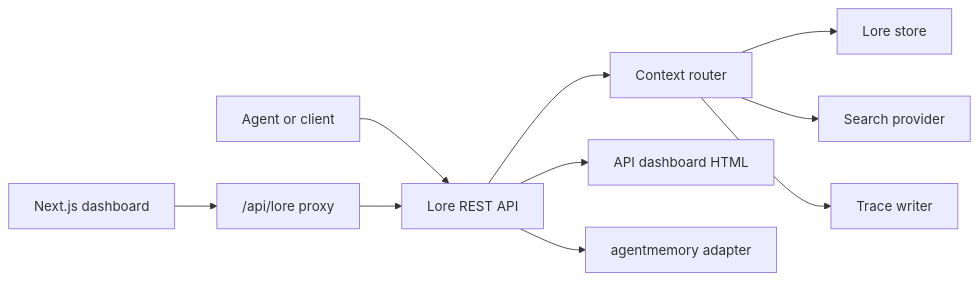
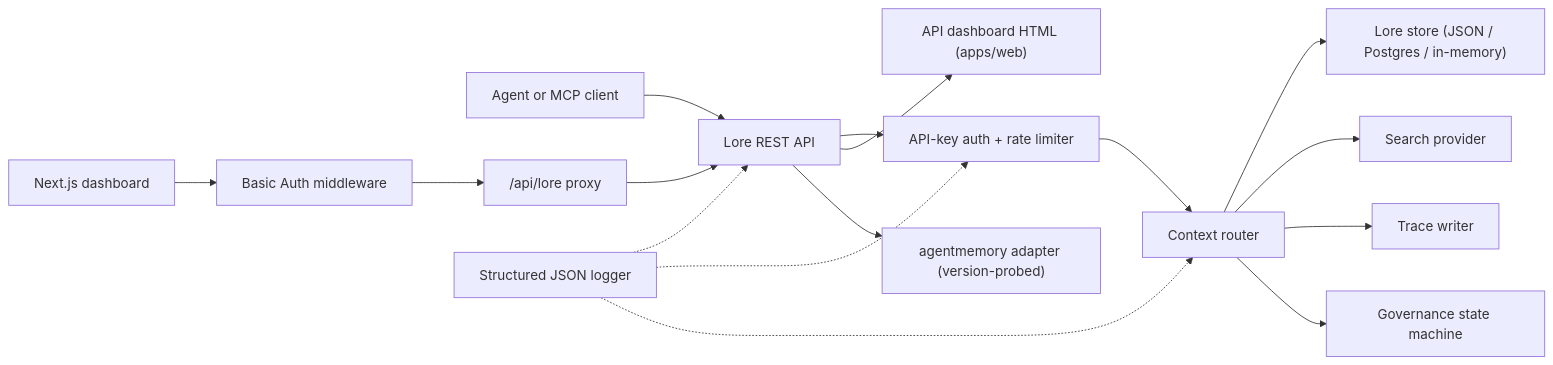
One commit to Lore-Context/lore-context changed the diagram in docs/architecture.md. Above: the diagram before and after it, drawn with Mermaid. The commit also changed other lines of this file and 4 other files, not shown here.

````diff
--- a/docs/architecture.md
+++ b/docs/architecture.md
@@ -66,12 +156,18 @@
 ```mermaid
 flowchart LR
-  Agent["Agent or client"] --> API["Lore REST API"]
-  API --> Router["Context router"]
-  Router --> Store["Lore store"]
+  Agent["Agent or MCP client"] --> API["Lore REST API"]
+  API --> Auth["API-key auth + rate limiter"]
+  Auth --> Router["Context router"]
+  Router --> Store["Lore store (JSON / Postgres / in-memory)"]
   Router --> Search["Search provider"]
   Router --> Traces["Trace writer"]
-  API --> Dashboard["API dashboard HTML"]
-  Next["Next.js dashboard"] --> Proxy["/api/lore proxy"]
+  Router --> Governance["Governance state machine"]
+  API --> APIDash["API dashboard HTML (apps/web)"]
+  Next["Next.js dashboard"] --> Middleware["Basic Auth middleware"]
+  Middleware --> Proxy["/api/lore proxy"]
   Proxy --> API
-  API --> AgentMemory["agentmemory adapter"]
+  API --> AgentMemory["agentmemory adapter (version-probed)"]
+  Logger["Structured JSON logger"] -.-> API
+  Logger -.-> Auth
+  Logger -.-> Router
 ```
````
